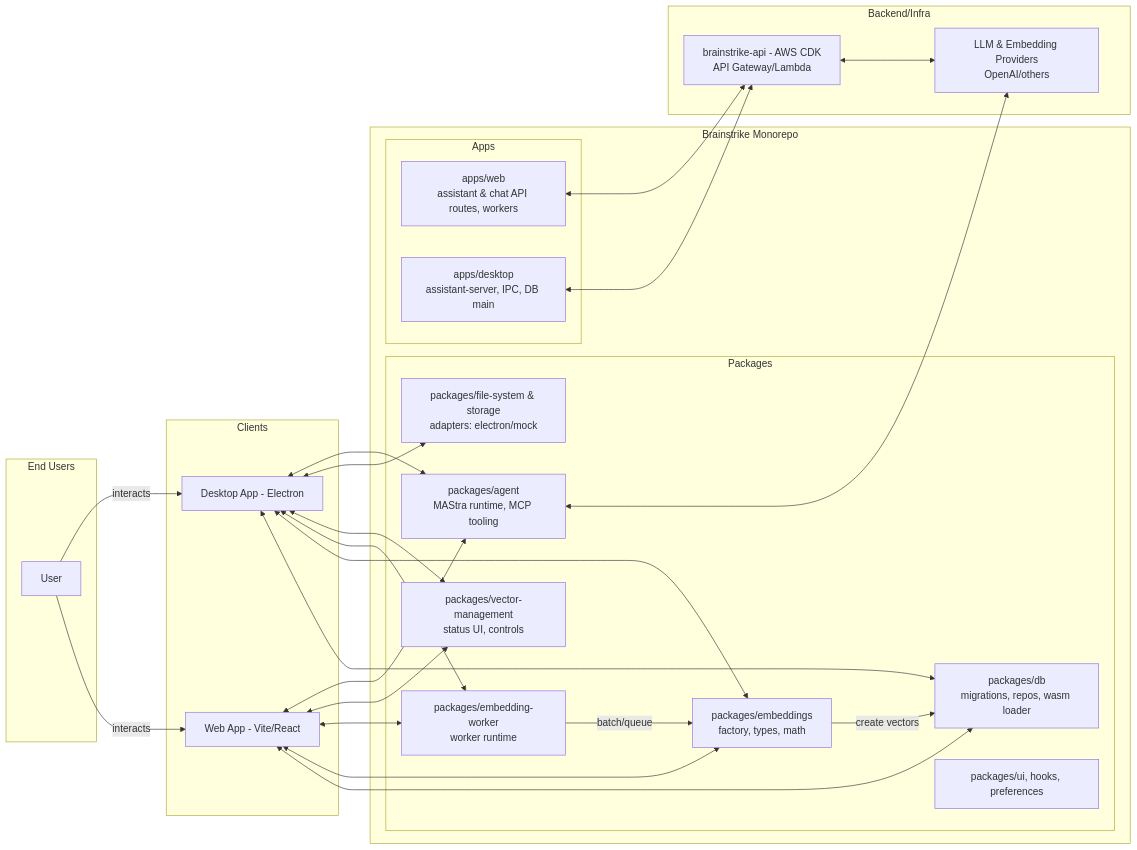
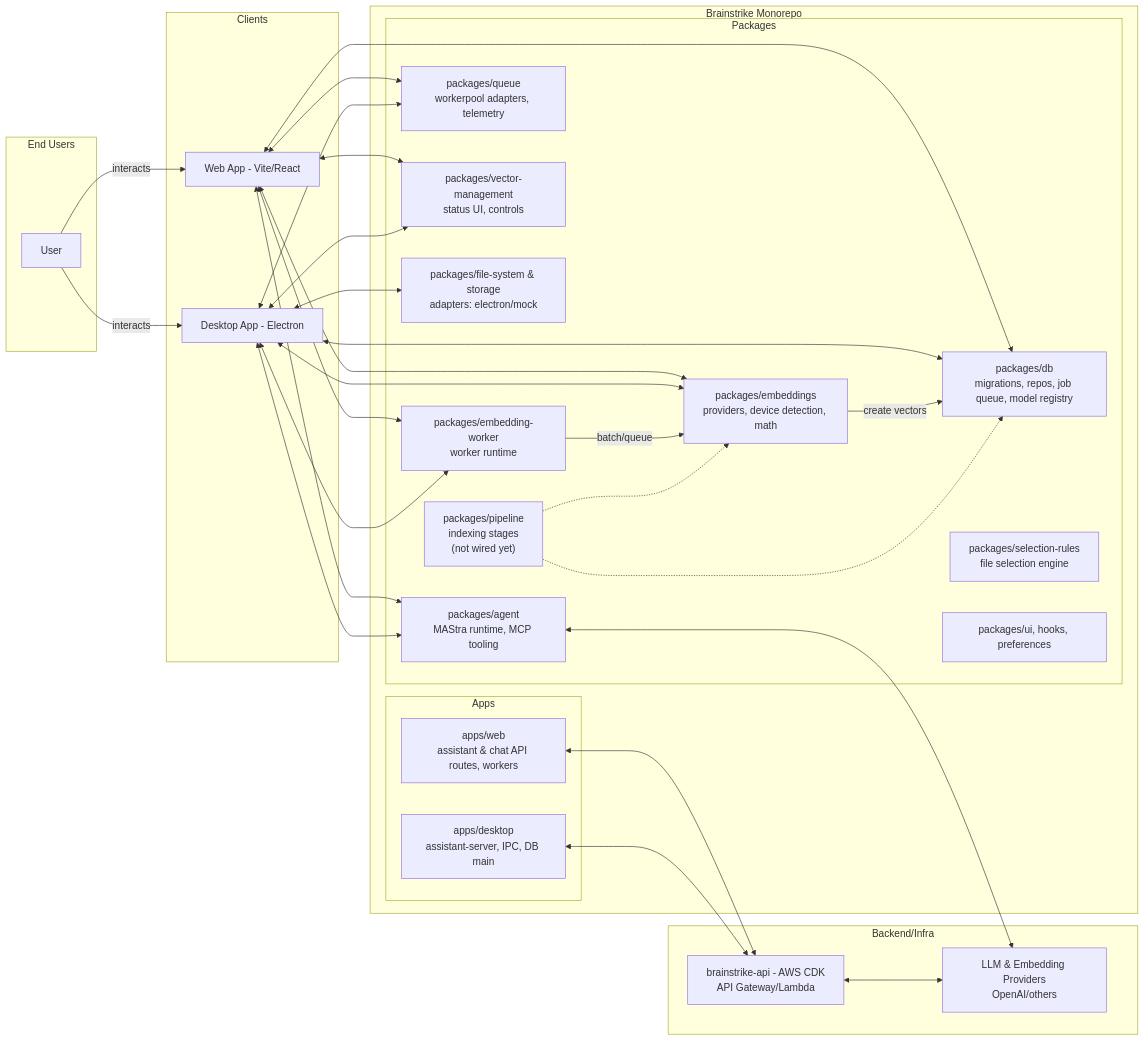
Before and after one commit to seandearnaley/brainstrike: the diagram in docs/architecture/01-system-context.md, drawn with Mermaid. The commit also changed 18 other files, not shown here.

````diff
--- a/docs/architecture/01-system-context.md
+++ b/docs/architecture/01-system-context.md
@@ -3,55 +3,62 @@
 ```mermaid
 flowchart LR
   subgraph UserSpace[End Users]
     U1[User]
   end
 
   subgraph Clients[Clients]
     W["Web App - Vite/React"]
     D["Desktop App - Electron"]
   end
 
   subgraph Core[Brainstrike Monorepo]
     subgraph Pkgs[Packages]
-      DB["packages/db<br/>migrations, repos, wasm loader"]
-      EMB["packages/embeddings<br/>factory, types, math"]
+      DB["packages/db<br/>migrations, repos, job queue, model registry"]
+      EMB["packages/embeddings<br/>providers, device detection, math"]
       EW["packages/embedding-worker<br/>worker runtime"]
+      Q["packages/queue<br/>workerpool adapters, telemetry"]
       VM["packages/vector-management<br/>status UI, controls"]
       FS["packages/file-system & storage<br/>adapters: electron/mock"]
+      PL["packages/pipeline<br/>indexing stages<br/>(not wired yet)"]
+      SR["packages/selection-rules<br/>file selection engine"]
       AG["packages/agent<br/>MAStra runtime, MCP tooling"]
       UI[packages/ui, hooks, preferences]
     end
     subgraph Apps[Apps]
       AWeb["apps/web<br/>assistant & chat API routes, workers"]
       ADesk["apps/desktop<br/>assistant-server, IPC, DB main"]
     end
   end
 
   subgraph Backend[Backend/Infra]
     API["brainstrike-api - AWS CDK<br/>API Gateway/Lambda"]
     LLM["LLM & Embedding Providers<br/>OpenAI/others"]
   end
 
   U1 -->|interacts| W
   U1 -->|interacts| D
 
   W <--> DB
   W <--> EMB
   W <--> EW
+  W <--> Q
   W <--> VM
   W <--> AG
 
   D <--> DB
   D <--> EMB
   D <--> EW
+  D <--> Q
   D <--> VM
   D <--> FS
   D <--> AG
 
   AWeb <--> API
   ADesk <--> API
   EMB -->|create vectors| DB
   EW -->|batch/queue| EMB
+  PL -.-> DB
+  PL -.-> EMB
   AG <--> LLM
   API <--> LLM
 ```
````
